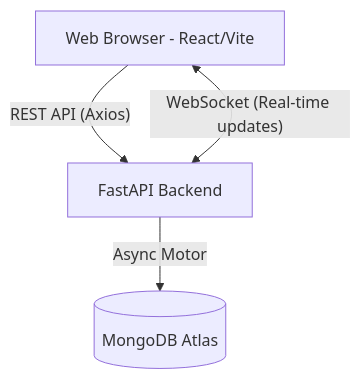
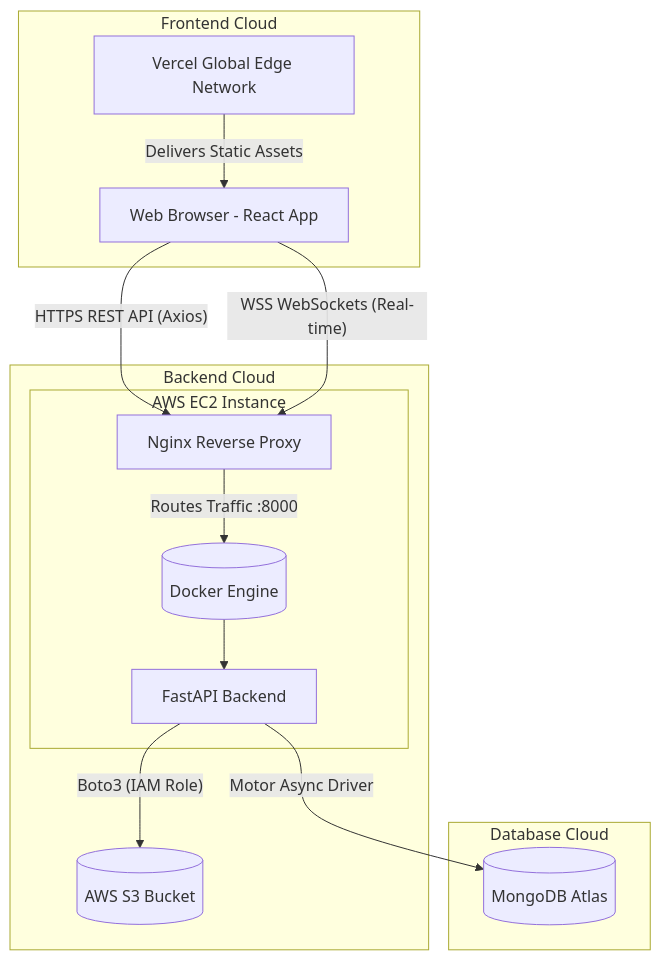
Before and after one commit to ayush200545/Nosh_Dish_Management: the diagram in README.md, drawn with Mermaid. The commit also changed other lines of this file, not shown here.

Commit message:
docs: comprehensive architecture and features update

````diff
--- a/README.md
+++ b/README.md
@@ -7,10 +11,31 @@
 ```mermaid
 graph TD
-    Client[Web Browser - React/Vite]
-    Backend[FastAPI Backend]
-    DB[(MongoDB Atlas)]
+    subgraph Frontend Cloud
+        V[Vercel Global Edge Network]
+        Client[Web Browser - React App]
+    end
+
+    subgraph Backend Cloud
+        subgraph AWS EC2 Instance
+            N[Nginx Reverse Proxy]
+            Docker[(Docker Engine)]
+            FastAPI[FastAPI Backend]
+        end
+        S3[(AWS S3 Bucket)]
+    end
     
-    Client -- REST API (Axios) --> Backend
-    Client -- WebSocket (Real-time updates) <--> Backend
-    Backend -- Async Motor --> DB
+    subgraph Database Cloud
+        DB[(MongoDB Atlas)]
+    end
+    
+    V -- Delivers Static Assets --> Client
+    
+    Client -- "HTTPS REST API (Axios)" --> N
+    Client -- "WSS WebSockets (Real-time)" --> N
+    
+    N -- Routes Traffic :8000 --> Docker
+    Docker --> FastAPI
+    
+    FastAPI -- "Motor Async Driver" --> DB
+    FastAPI -- "Boto3 (IAM Role)" --> S3
 ```
````
